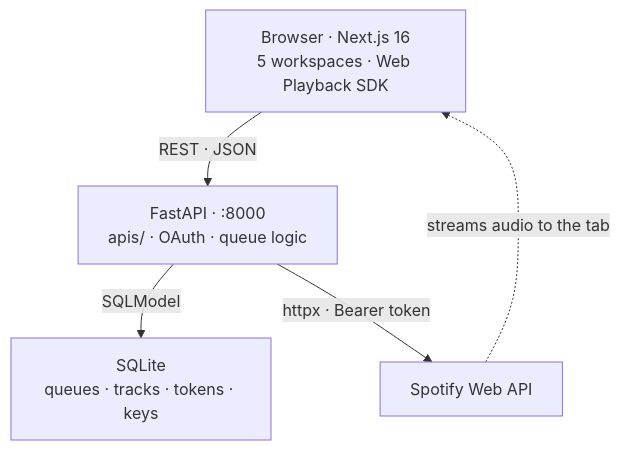
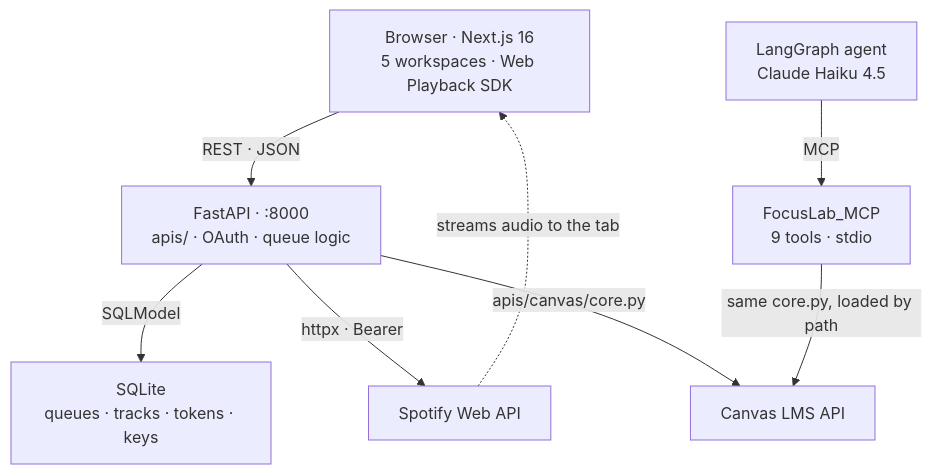
Before and after one commit to MatiasPF1/FocusLab: the diagram in README.md, drawn with Mermaid. The commit also changed other lines of this file and 13 other files, not shown here.

Commit message:
Canvas LMS Tasks to Do

````diff
--- a/README.md
+++ b/README.md
@@ -165,12 +186,18 @@
 ```mermaid
 flowchart TD
     B["Browser · Next.js 16<br/>5 workspaces · Web Playback SDK"]
     A["FastAPI · :8000<br/>apis/ · OAuth · queue logic"]
     D["SQLite<br/>queues · tracks · tokens · keys"]
     S["Spotify Web API"]
+    C["Canvas LMS API"]
+    M["FocusLab_MCP<br/>9 tools · stdio"]
+    G["LangGraph agent<br/>Claude Haiku 4.5"]
 
     B -->|"REST · JSON"| A
     A -->|"SQLModel"| D
-    A -->|"httpx · Bearer token"| S
+    A -->|"httpx · Bearer"| S
+    A -->|"apis/canvas/core.py"| C
+    M -->|"same core.py, loaded by path"| C
+    G -->|"MCP"| M
     S -.->|"streams audio to the tab"| B
 ```
````
